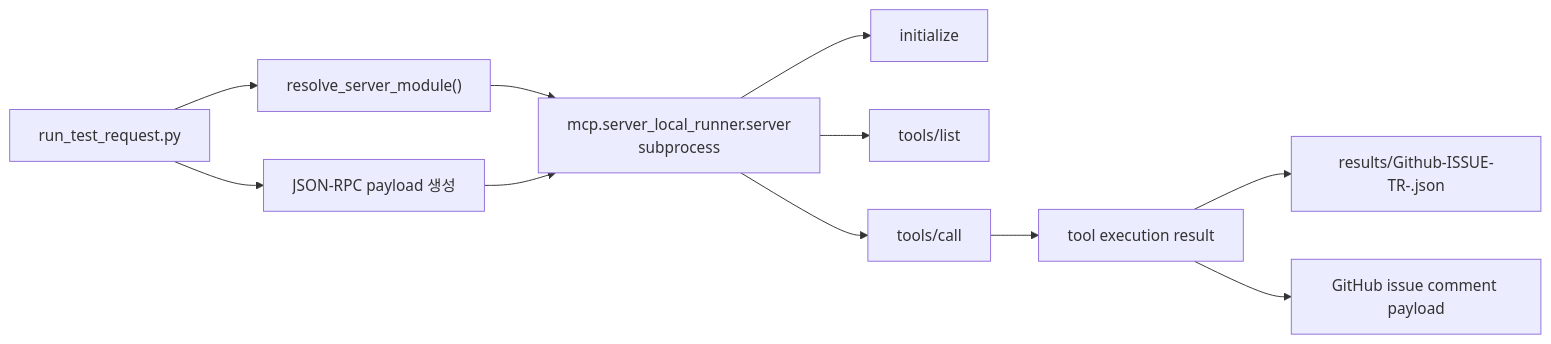
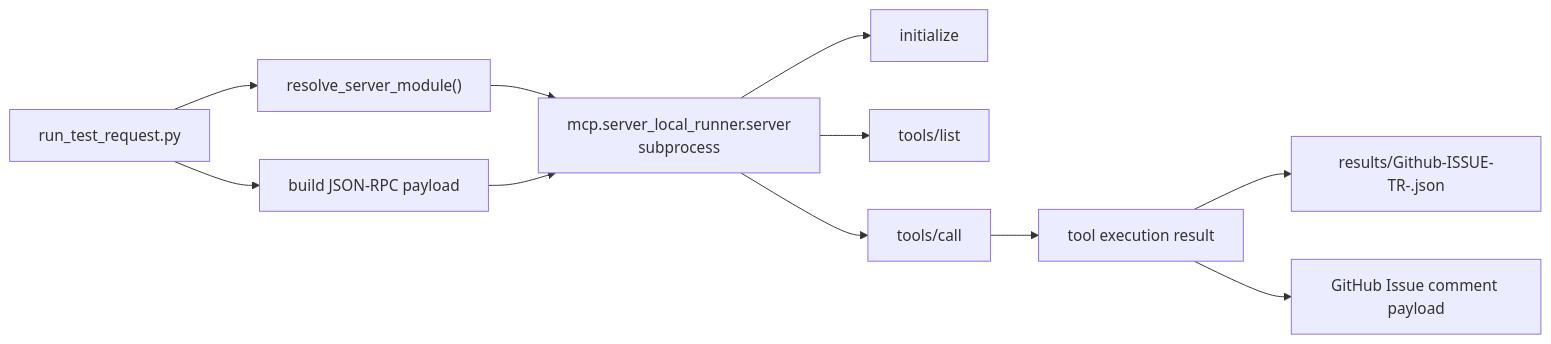
One commit to JeonghunLee/local-ai-agent-mcp changed the third of 3 diagrams in docs/mcp/mcp_server_local.md. Above: the diagram before and after it, drawn with Mermaid. The commit also changed other lines of this file and 4 other files, not shown here.

````diff
--- a/docs/mcp/mcp_server_local.md
+++ b/docs/mcp/mcp_server_local.md
@@ -223,13 +225,13 @@
 ```mermaid
 flowchart LR
     A["run_test_request.py"] --> B["resolve_server_module()"]
     B --> C["mcp.server_local_runner.server<br/>subprocess"]
-    A --> D["JSON-RPC payload 생성"]
+    A --> D["build JSON-RPC payload"]
     D --> C
     C --> E["initialize"]
     C --> F["tools/list"]
     C --> G["tools/call"]
     G --> H["tool execution result"]
     H --> I["results/Github-ISSUE-TR-<issue_number>.json"]
-    H --> J["GitHub issue comment payload"]
+    H --> J["GitHub Issue comment payload"]
 ```
````
